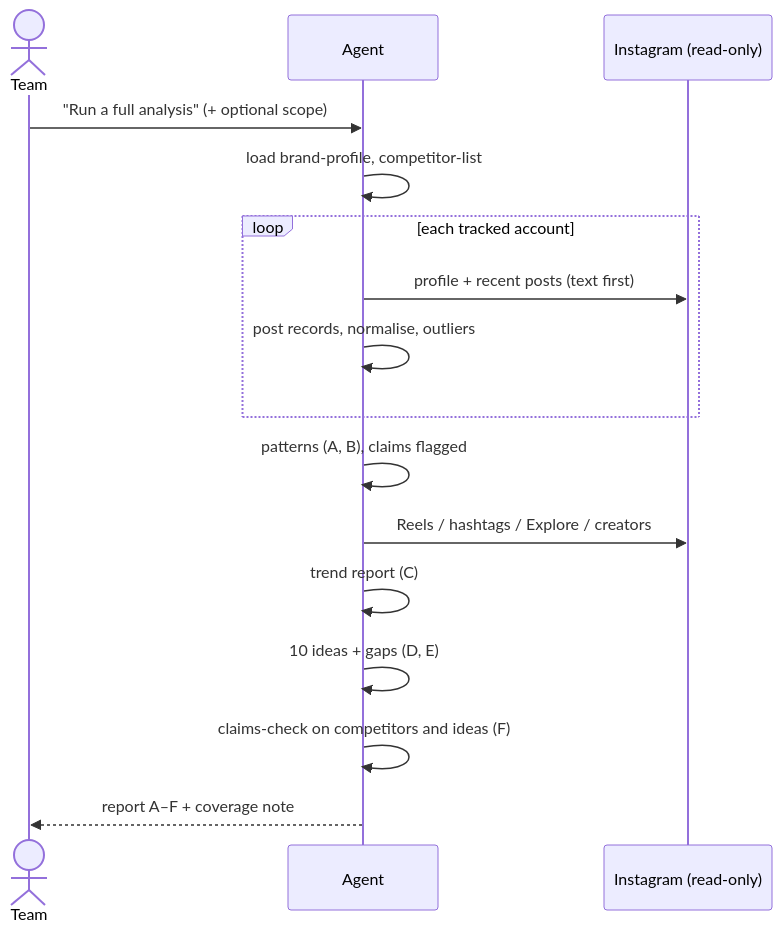
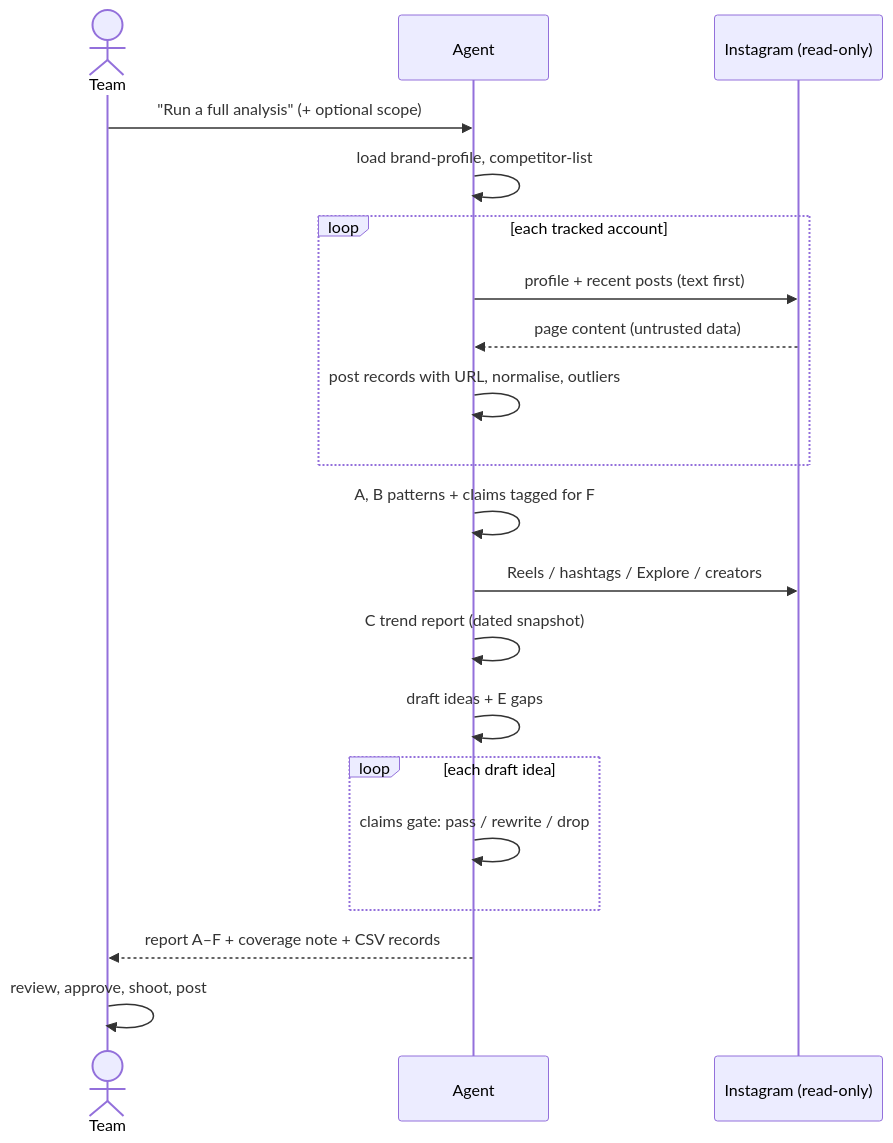
The diagram in docs/architecture.md (aswin-a/instagram-content-intelligence-agent), drawn with Mermaid before and after one commit. The commit also changed other lines of this file and 4 other files, not shown here.

First line of the commit message:
agent, docs: explicit routing, claims gate, untrusted-content rules

````diff
--- a/docs/architecture.md
+++ b/docs/architecture.md
@@ -14,18 +16,22 @@
 ```mermaid
 sequenceDiagram
     actor Team
     participant Agent
     participant IG as Instagram (read-only)
     Team->>Agent: "Run a full analysis" (+ optional scope)
     Agent->>Agent: load brand-profile, competitor-list
     loop each tracked account
         Agent->>IG: profile + recent posts (text first)
-        Agent->>Agent: post records, normalise, outliers
+        IG-->>Agent: page content (untrusted data)
+        Agent->>Agent: post records with URL, normalise, outliers
     end
-    Agent->>Agent: patterns (A, B), claims flagged
+    Agent->>Agent: A, B patterns + claims tagged for F
     Agent->>IG: Reels / hashtags / Explore / creators
-    Agent->>Agent: trend report (C)
-    Agent->>Agent: 10 ideas + gaps (D, E)
-    Agent->>Agent: claims-check on competitors and ideas (F)
-    Agent-->>Team: report A–F + coverage note
+    Agent->>Agent: C trend report (dated snapshot)
+    Agent->>Agent: draft ideas + E gaps
+    loop each draft idea
+        Agent->>Agent: claims gate: pass / rewrite / drop
+    end
+    Agent-->>Team: report A–F + coverage note + CSV records
+    Team->>Team: review, approve, shoot, post
 ```
````
